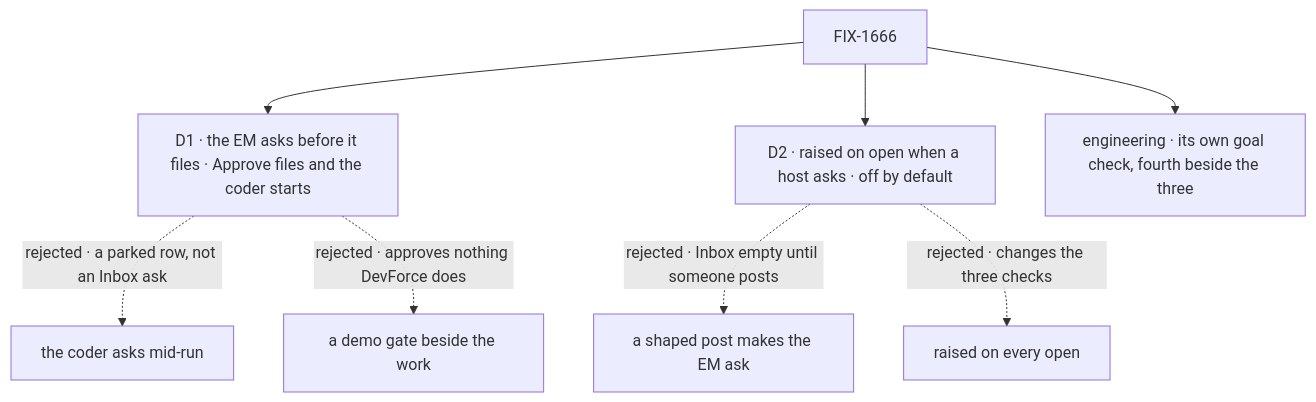
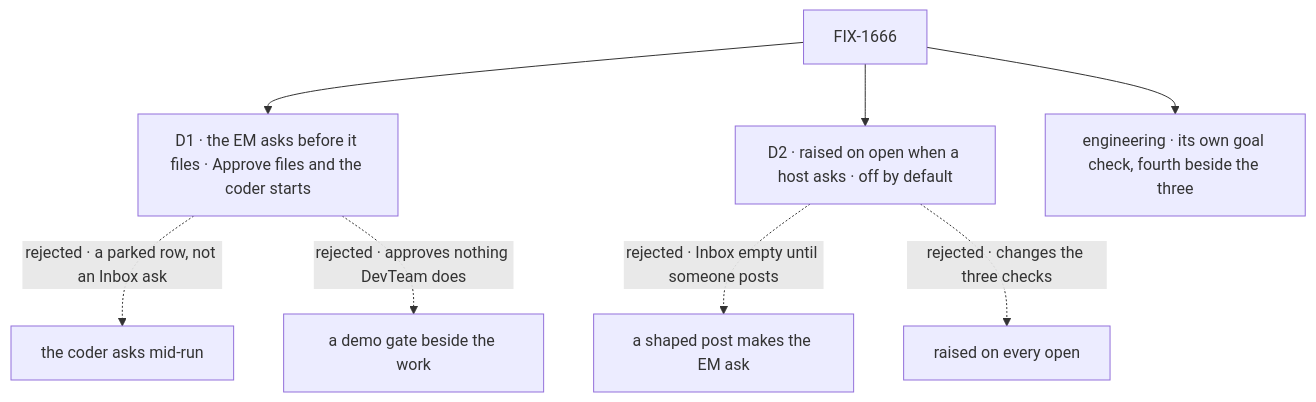
One commit to fixpoint-labs/flow-state-dev changed the diagram in specs/issues/FIX-1666/DECISIONS.md. Above: the diagram before and after it, drawn with Mermaid. The commit also changed other lines of this file and 383 other files, not shown here.

````diff
--- a/specs/issues/FIX-1666/DECISIONS.md
+++ b/specs/issues/FIX-1666/DECISIONS.md
@@ -13,10 +13,10 @@
 ```mermaid
 flowchart TD
   I["FIX-1666"] --> D1["D1 · the EM asks before it files · Approve files and the coder starts"]
   D1 -.->|"rejected · a parked row, not an Inbox ask"| X1a["the coder asks mid-run"]
-  D1 -.->|"rejected · approves nothing DevForce does"| X1b["a demo gate beside the work"]
+  D1 -.->|"rejected · approves nothing DevTeam does"| X1b["a demo gate beside the work"]
   I --> D2["D2 · raised on open when a host asks · off by default"]
   D2 -.->|"rejected · Inbox empty until someone posts"| X2a["a shaped post makes the EM ask"]
   D2 -.->|"rejected · changes the three checks"| X2b["raised on every open"]
   I --> E1["engineering · its own goal check, fourth beside the three"]
 ```
````
